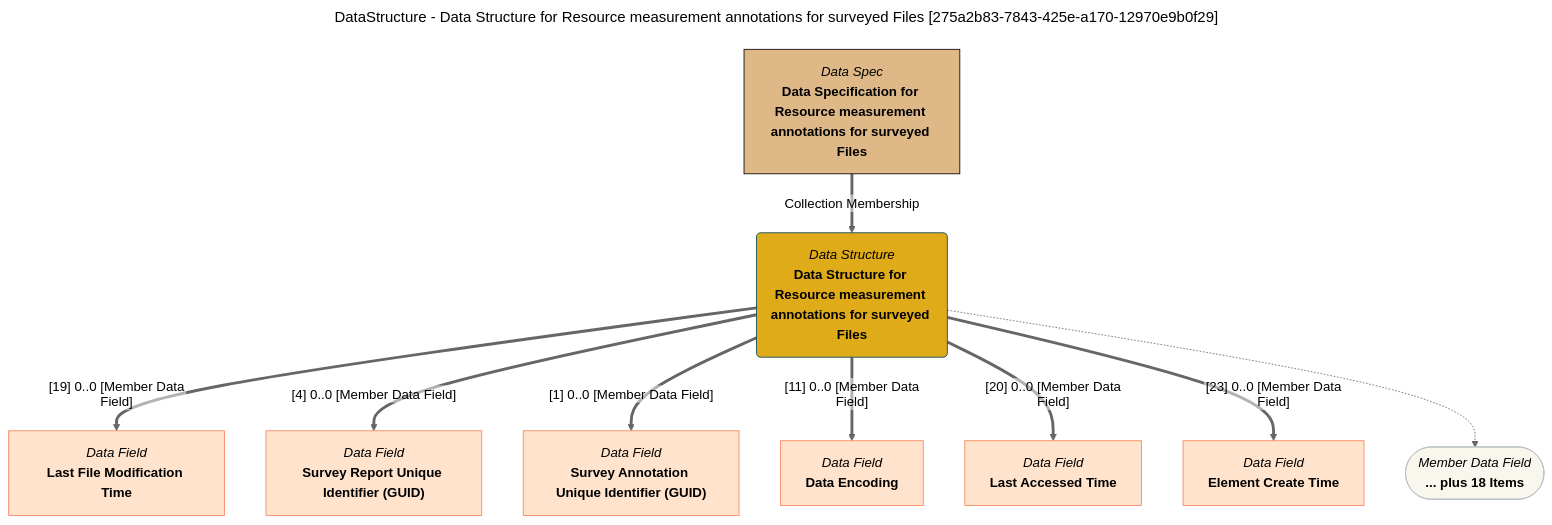
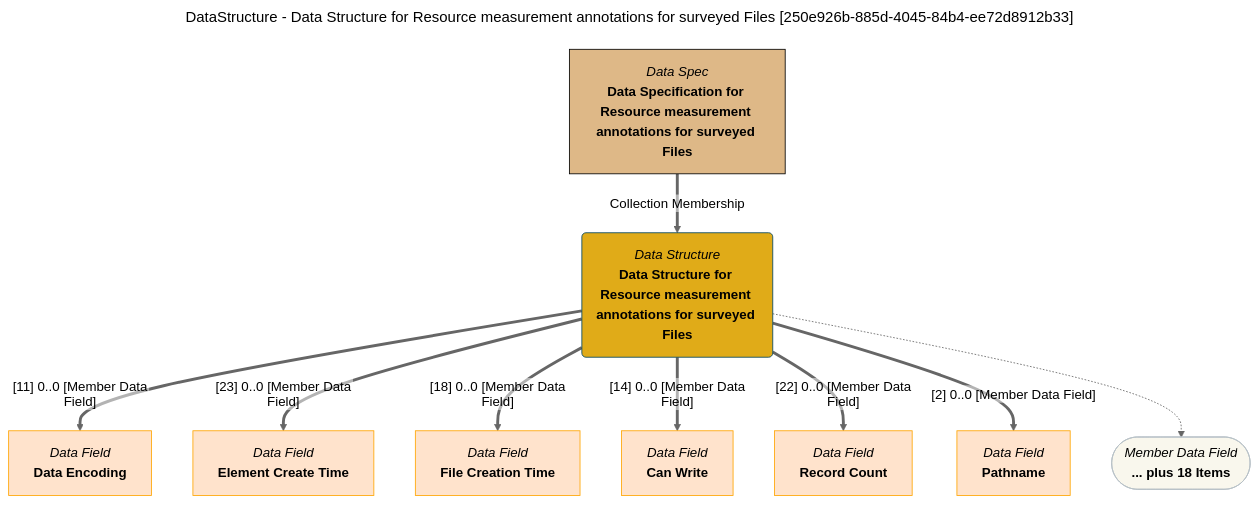
Before and after one commit to odpi/egeria-docs: the diagram in site/snippets/data-structures/data-structure-for-resource-measurement-annotations-for-surveyed-files-mermaid-graph.md, drawn with Mermaid (neutral theme). The commit also changed 2201 other files, not shown here.

````diff
--- a/site/snippets/data-structures/data-structure-for-resource-measurement-annotations-for-surveyed-files-mermaid-graph.md
+++ b/site/snippets/data-structures/data-structure-for-resource-measurement-annotations-for-surveyed-files-mermaid-graph.md
@@ -1,43 +1,43 @@
 ```mermaid
 ---
-title: DataStructure - Data Structure for Resource measurement annotations for surveyed Files [275a2b83-7843-425e-a170-12970e9b0f29]
+title: DataStructure - Data Structure for Resource measurement annotations for surveyed Files [250e926b-885d-4045-84b4-ee72d8912b33]
 ---
 flowchart TD
 %%{init: {"flowchart": {"htmlLabels": false}} }%%
 
 1@{ shape: rounded, label: "*Data Structure*
 **Data Structure for Resource measurement annotations for surveyed Files**"}
 2@{ shape: rect, label: "*Data Spec*
 **Data Specification for Resource measurement annotations for surveyed Files**"}
 2==>|"Collection Membership"|1
 3@{ shape: rect, label: "*Data Field*
-**Last File Modification Time**"}
-1==>|"[19] 0..0 [Member Data Field]"|3
+**Data Encoding**"}
+1==>|"[11] 0..0 [Member Data Field]"|3
 4@{ shape: rect, label: "*Data Field*
-**Survey Report Unique Identifier (GUID)**"}
-1==>|"[4] 0..0 [Member Data Field]"|4
+**Element Create Time**"}
+1==>|"[23] 0..0 [Member Data Field]"|4
 5@{ shape: rect, label: "*Data Field*
-**Survey Annotation Unique Identifier (GUID)**"}
-1==>|"[1] 0..0 [Member Data Field]"|5
+**File Creation Time**"}
+1==>|"[18] 0..0 [Member Data Field]"|5
 6@{ shape: rect, label: "*Data Field*
-**Data Encoding**"}
-1==>|"[11] 0..0 [Member Data Field]"|6
+**Can Write**"}
+1==>|"[14] 0..0 [Member Data Field]"|6
 7@{ shape: rect, label: "*Data Field*
-**Last Accessed Time**"}
-1==>|"[20] 0..0 [Member Data Field]"|7
+**Record Count**"}
+1==>|"[22] 0..0 [Member Data Field]"|7
 8@{ shape: rect, label: "*Data Field*
-**Element Create Time**"}
-1==>|"[23] 0..0 [Member Data Field]"|8
+**Pathname**"}
+1==>|"[2] 0..0 [Member Data Field]"|8
 9@{ shape: stadium, label: "*Member Data Field*
 **... plus 18 Items**"}
 1-.->9
 style 1 color:#000000, fill:#e0ab18, stroke:#004563
-style 2 color:#000000, fill:#deb887, stroke:#000000
-style 3 color:#000000, fill:#ffe3cc, stroke:#f9845b
-style 4 color:#000000, fill:#ffe3cc, stroke:#f9845b
-style 5 color:#000000, fill:#ffe3cc, stroke:#f9845b
-style 6 color:#000000, fill:#ffe3cc, stroke:#f9845b
-style 7 color:#000000, fill:#ffe3cc, stroke:#f9845b
-style 8 color:#000000, fill:#ffe3cc, stroke:#f9845b
+style 2 color:#000000, fill:#DEB887, stroke:#000000
+style 3 color:#000000, fill:#ffe3cc, stroke:#FFA500
+style 4 color:#000000, fill:#ffe3cc, stroke:#FFA500
+style 5 color:#000000, fill:#ffe3cc, stroke:#FFA500
+style 6 color:#000000, fill:#ffe3cc, stroke:#FFA500
+style 7 color:#000000, fill:#ffe3cc, stroke:#FFA500
+style 8 color:#000000, fill:#ffe3cc, stroke:#FFA500
 style 9 color:#000000, fill:#F9F7ED, stroke:#b7c0c7
 ```
````
